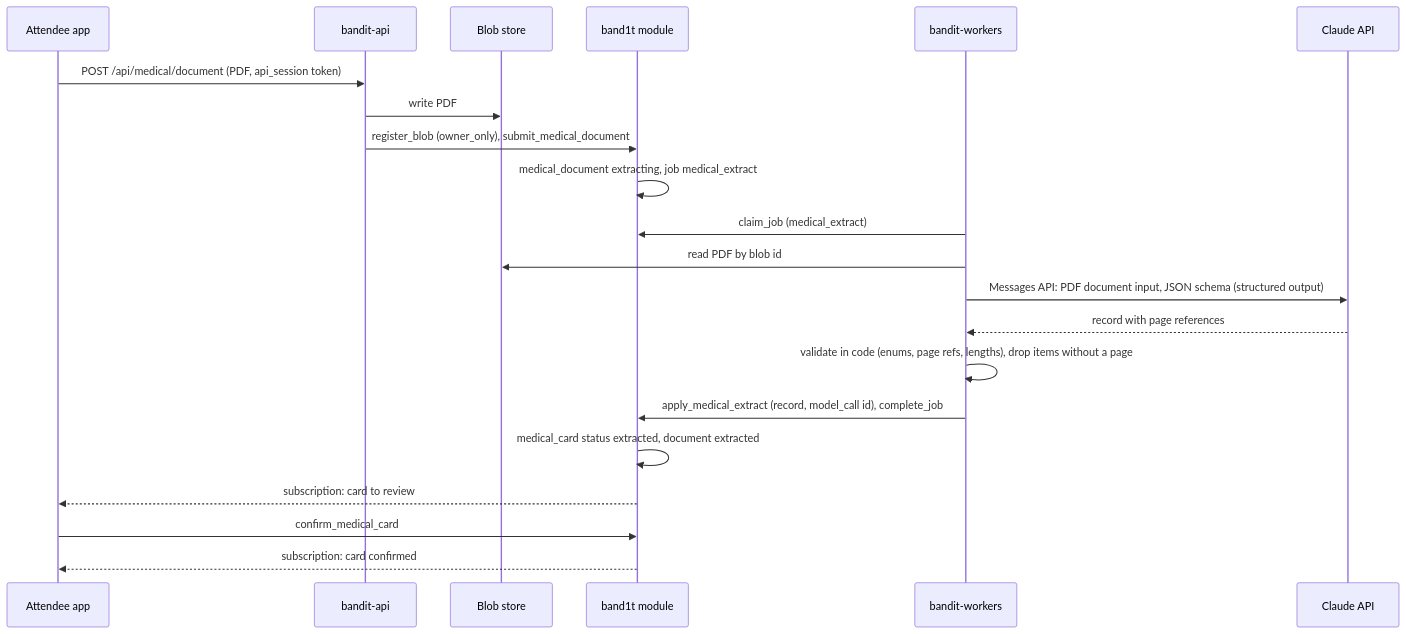
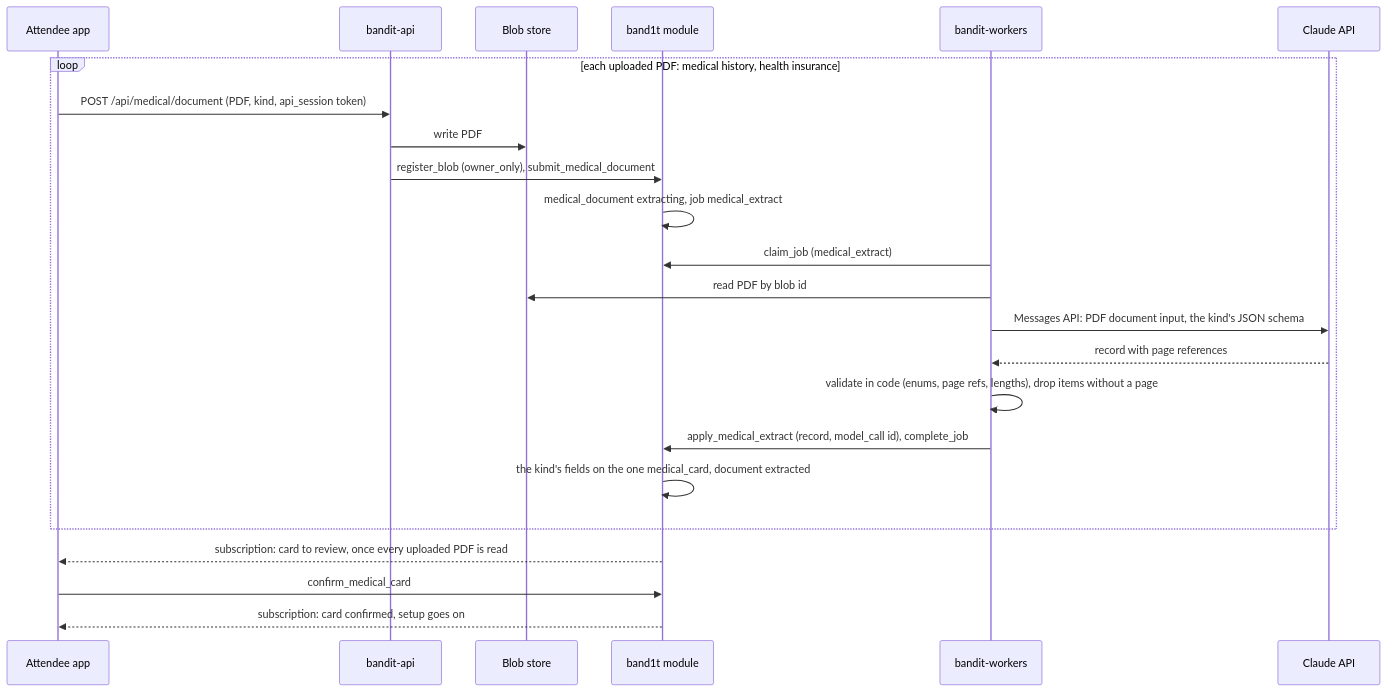
One commit to viktorinkov/cal-hacks-13 changed the first of 3 diagrams in System Design/6-features/Medical-ID.md. Above: the diagram before and after it, drawn with Mermaid. The commit also changed other lines of this file and 19 other files, not shown here.

Commit message:
Attendee page is band setup, wallet step, then thank-you

````diff
--- a/System Design/6-features/Medical-ID.md
+++ b/System Design/6-features/Medical-ID.md
@@ -55,23 +56,25 @@
 ```mermaid
 sequenceDiagram
   participant A as Attendee app
   participant API as bandit-api
   participant S as Blob store
   participant M as band1t module
   participant W as bandit-workers
   participant C as Claude API
-  A->>API: POST /api/medical/document (PDF, api_session token)
-  API->>S: write PDF
-  API->>M: register_blob (owner_only), submit_medical_document
-  M->>M: medical_document extracting, job medical_extract
-  W->>M: claim_job (medical_extract)
-  W->>S: read PDF by blob id
-  W->>C: Messages API: PDF document input, JSON schema (structured output)
-  C-->>W: record with page references
-  W->>W: validate in code (enums, page refs, lengths), drop items without a page
-  W->>M: apply_medical_extract (record, model_call id), complete_job
-  M->>M: medical_card status extracted, document extracted
-  M-->>A: subscription: card to review
+  loop each uploaded PDF: medical history, health insurance
+    A->>API: POST /api/medical/document (PDF, kind, api_session token)
+    API->>S: write PDF
+    API->>M: register_blob (owner_only), submit_medical_document
+    M->>M: medical_document extracting, job medical_extract
+    W->>M: claim_job (medical_extract)
+    W->>S: read PDF by blob id
+    W->>C: Messages API: PDF document input, the kind's JSON schema
+    C-->>W: record with page references
+    W->>W: validate in code (enums, page refs, lengths), drop items without a page
+    W->>M: apply_medical_extract (record, model_call id), complete_job
+    M->>M: the kind's fields on the one medical_card, document extracted
+  end
+  M-->>A: subscription: card to review, once every uploaded PDF is read
   A->>M: confirm_medical_card
-  M-->>A: subscription: card confirmed
+  M-->>A: subscription: card confirmed, setup goes on
 ```
````
